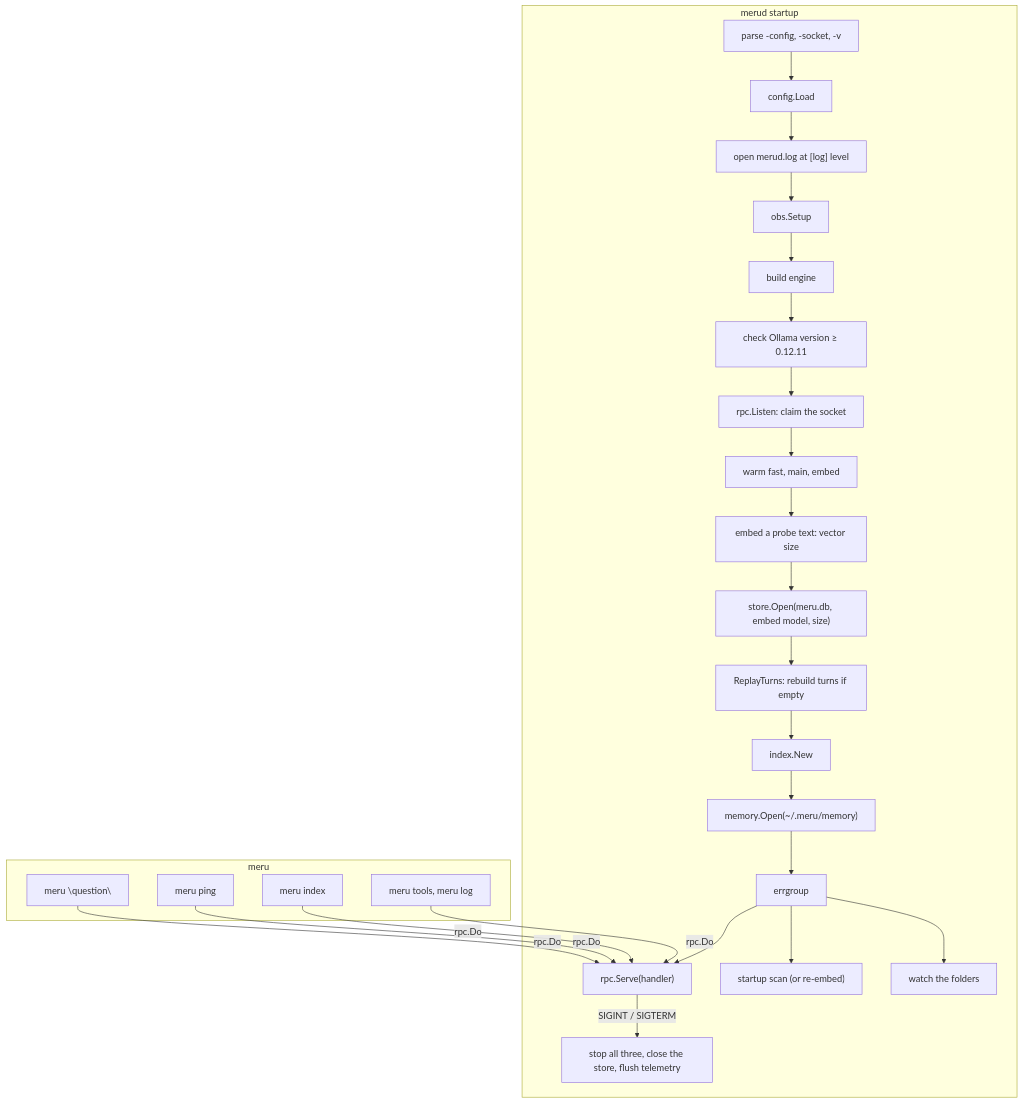
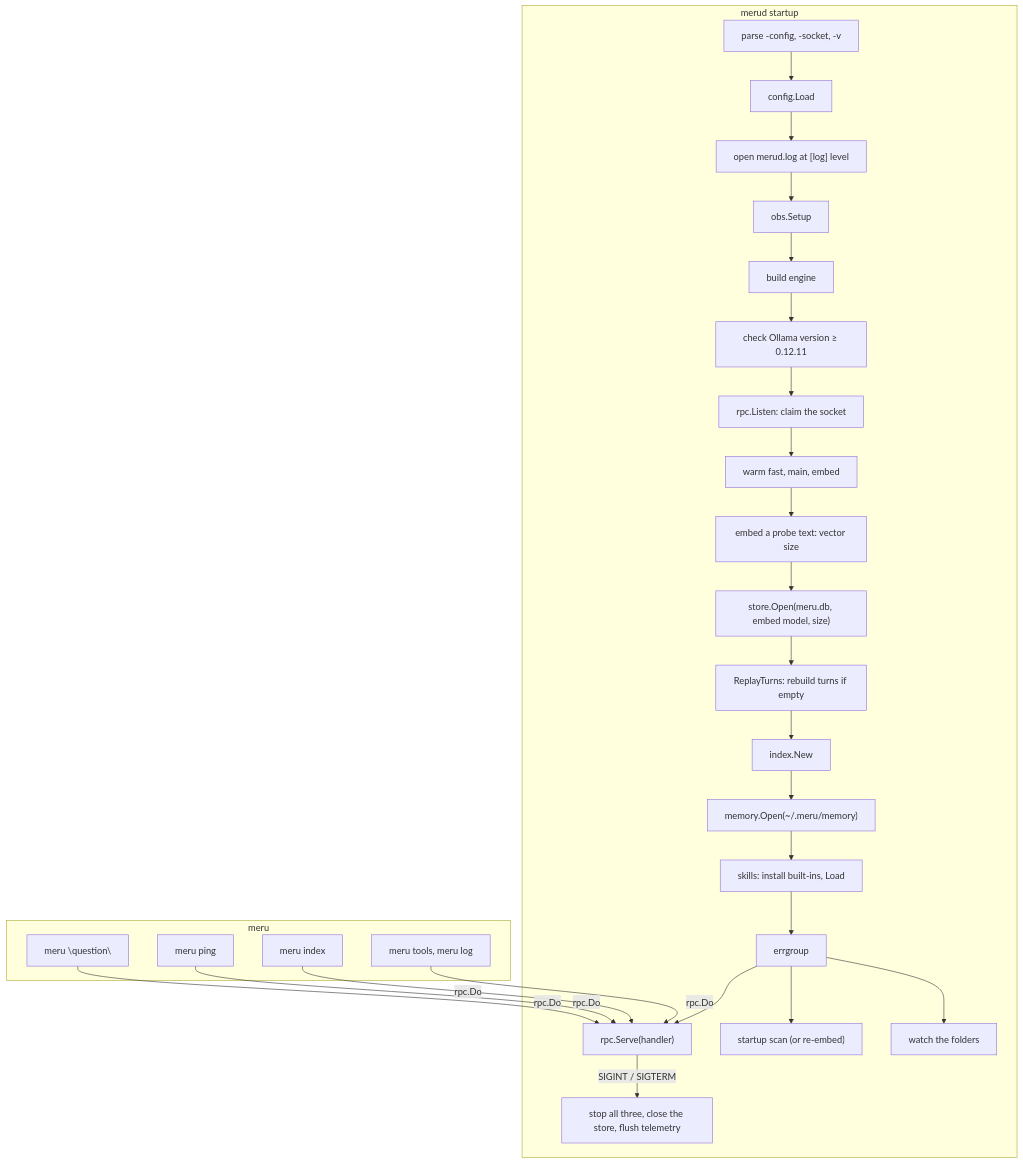
Before and after one commit to aarora79/meru: the diagram in docs/coding-notes/merud.md, drawn with Mermaid. The commit also changed other lines of this file and 49 other files, not shown here.

````diff
--- a/docs/coding-notes/merud.md
+++ b/docs/coding-notes/merud.md
@@ -20,28 +20,29 @@
 ```mermaid
 flowchart TB
     subgraph merud["merud startup"]
         F["parse -config, -socket, -v"] --> L["config.Load"]
         L --> G["open merud.log at [log] level"]
         G --> O["obs.Setup"]
         O --> E["build engine"]
         E --> V["check Ollama version ≥ 0.12.11"]
         V --> S["rpc.Listen: claim the socket"]
         S --> W["warm fast, main, embed"]
         W --> D["embed a probe text: vector size"]
         D --> ST["store.Open(meru.db, embed model, size)"]
         ST --> RT["ReplayTurns: rebuild turns if empty"]
         RT --> IX["index.New"]
         IX --> MO["memory.Open(~/.meru/memory)"]
-        MO --> G2["errgroup"]
+        MO --> SK["skills: install built-ins, Load"]
+        SK --> G2["errgroup"]
         G2 --> R["rpc.Serve(handler)"]
         G2 --> SC["startup scan (or re-embed)"]
         G2 --> WA["watch the folders"]
         R -- "SIGINT / SIGTERM" --> X["stop all three, close the store, flush telemetry"]
     end
     subgraph meru["meru"]
         A["meru \"question\""] -- "rpc.Do" --> R
         P["meru ping"] -- "rpc.Do" --> R
         I["meru index"] -- "rpc.Do" --> R
         T["meru tools, meru log"] -- "rpc.Do" --> R
     end
 ```
````
